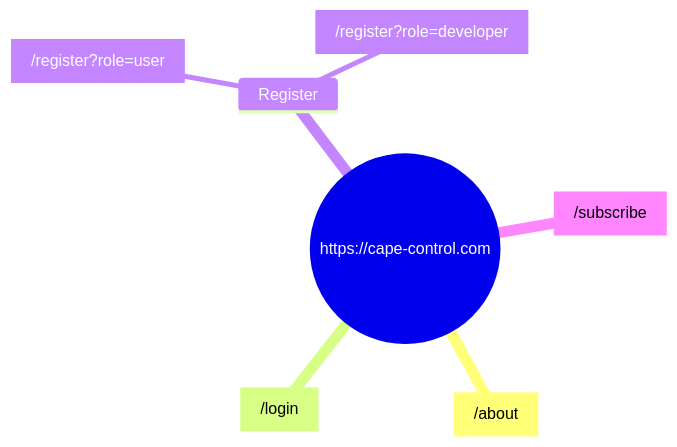
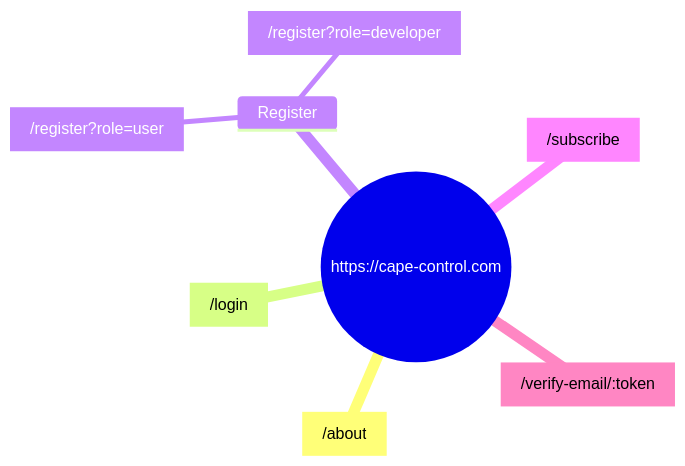
The diagram in docs/sitemap.mmd (robert1948/autorisen), drawn with Mermaid before and after one commit. The commit also changed 206 other files, not shown here.

```diff
--- a/docs/sitemap.mmd
+++ b/docs/sitemap.mmd
@@ -1,9 +1,10 @@
 %% docs/sitemap.mmd
 mindmap
   root((https://cape-control.com))
     About[/about]
     Login[/login]
     Register
       User[/register?role=user]
       Developer[/register?role=developer]
     Subscribe[/subscribe]
+    Verify[/verify-email/:token]
```
